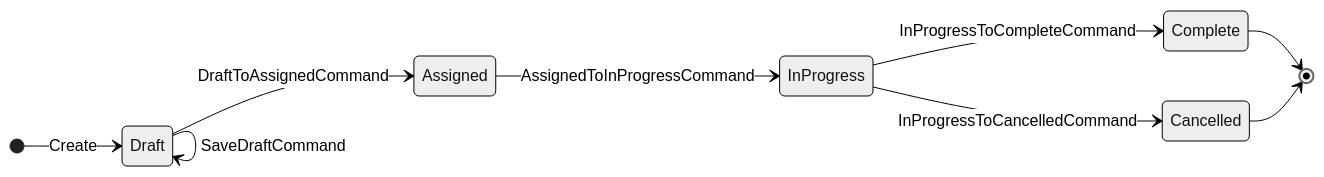
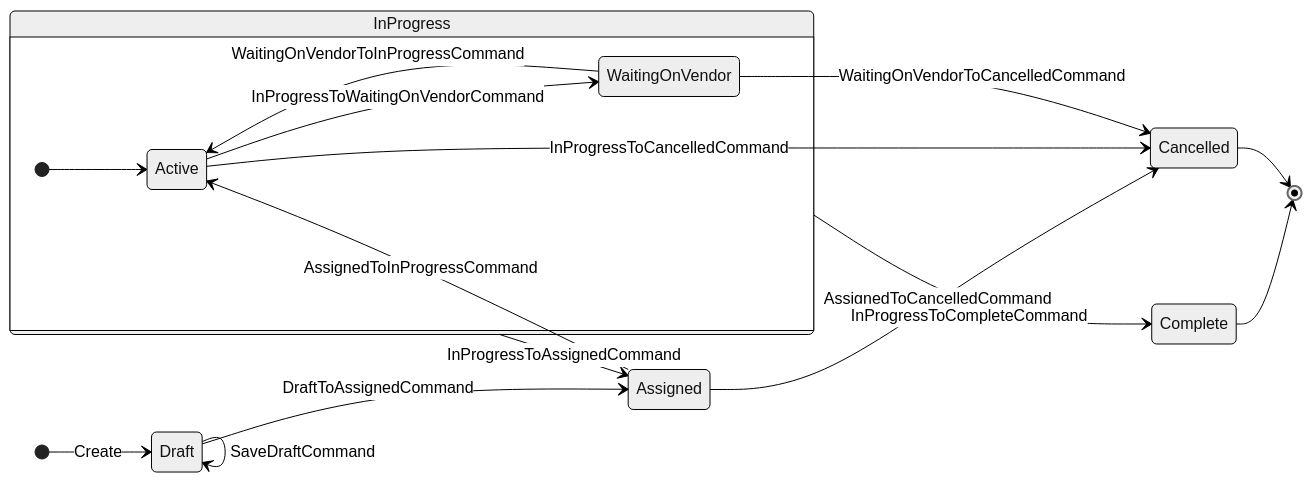
One commit to clearmeasure-aisf-sample-apps/cmdemo1-workorders changed the diagram in arch/arch-state-workorder.md. Above: the diagram before and after it, drawn with Mermaid (neutral theme). The commit also changed other lines of this file and 4 other files, not shown here.

````diff
--- a/arch/arch-state-workorder.md
+++ b/arch/arch-state-workorder.md
@@ -3,17 +9,29 @@
 ```mermaid
 stateDiagram-v2
     direction LR
+
+    state InProgress {
+        state "Active" as ActiveInProgress
+        state WaitingOnVendor
+
+        [*] --> ActiveInProgress
+        ActiveInProgress --> WaitingOnVendor : InProgressToWaitingOnVendorCommand
+        WaitingOnVendor --> ActiveInProgress : WaitingOnVendorToInProgressCommand
+    }
 
     [*] --> Draft : Create
 
     Draft --> Draft : SaveDraftCommand
     Draft --> Assigned : DraftToAssignedCommand
 
-    Assigned --> InProgress : AssignedToInProgressCommand
+    Assigned --> ActiveInProgress : AssignedToInProgressCommand
+    Assigned --> Cancelled : AssignedToCancelledCommand
 
     InProgress --> Complete : InProgressToCompleteCommand
-    InProgress --> Cancelled : InProgressToCancelledCommand
+    InProgress --> Assigned : InProgressToAssignedCommand
+    ActiveInProgress --> Cancelled : InProgressToCancelledCommand
+    WaitingOnVendor --> Cancelled : WaitingOnVendorToCancelledCommand
 
     Complete --> [*]
     Cancelled --> [*]
 ```
````
